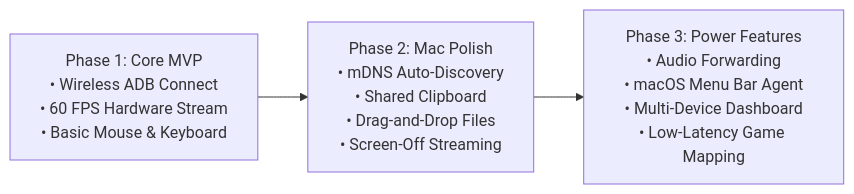
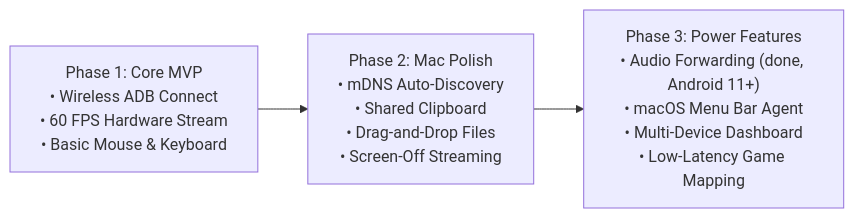
One commit to az-coder-123/azdroid changed the diagram in docs/features.md. Above: the diagram before and after it, drawn with Mermaid. The commit also changed other lines of this file and 18 other files, not shown here.

````diff
--- a/docs/features.md
+++ b/docs/features.md
@@ -170,5 +170,5 @@
 ```mermaid
 flowchart LR
     A["Phase 1: Core MVP\n• Wireless ADB Connect\n• 60 FPS Hardware Stream\n• Basic Mouse & Keyboard"] --> B["Phase 2: Mac Polish\n• mDNS Auto-Discovery\n• Shared Clipboard\n• Drag-and-Drop Files\n• Screen-Off Streaming"]
-    B --> C["Phase 3: Power Features\n• Audio Forwarding\n• macOS Menu Bar Agent\n• Multi-Device Dashboard\n• Low-Latency Game Mapping"]
+    B --> C["Phase 3: Power Features\n• Audio Forwarding (done, Android 11+)\n• macOS Menu Bar Agent\n• Multi-Device Dashboard\n• Low-Latency Game Mapping"]
 ```
````
